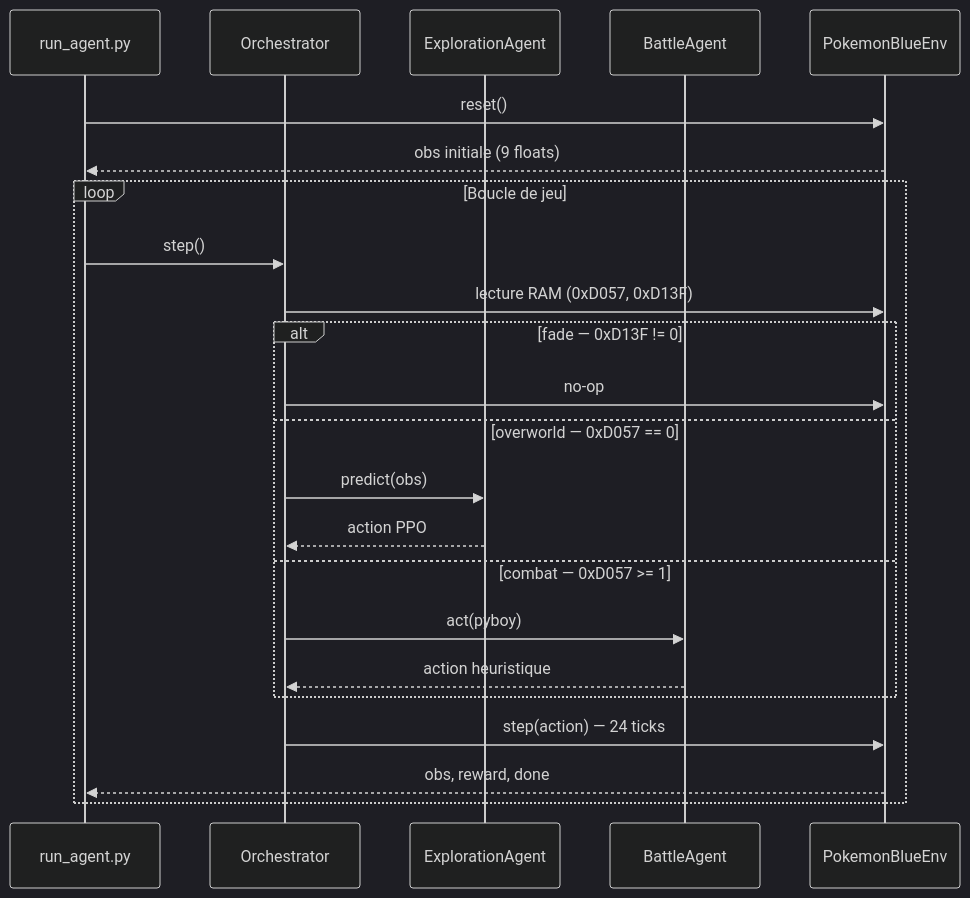
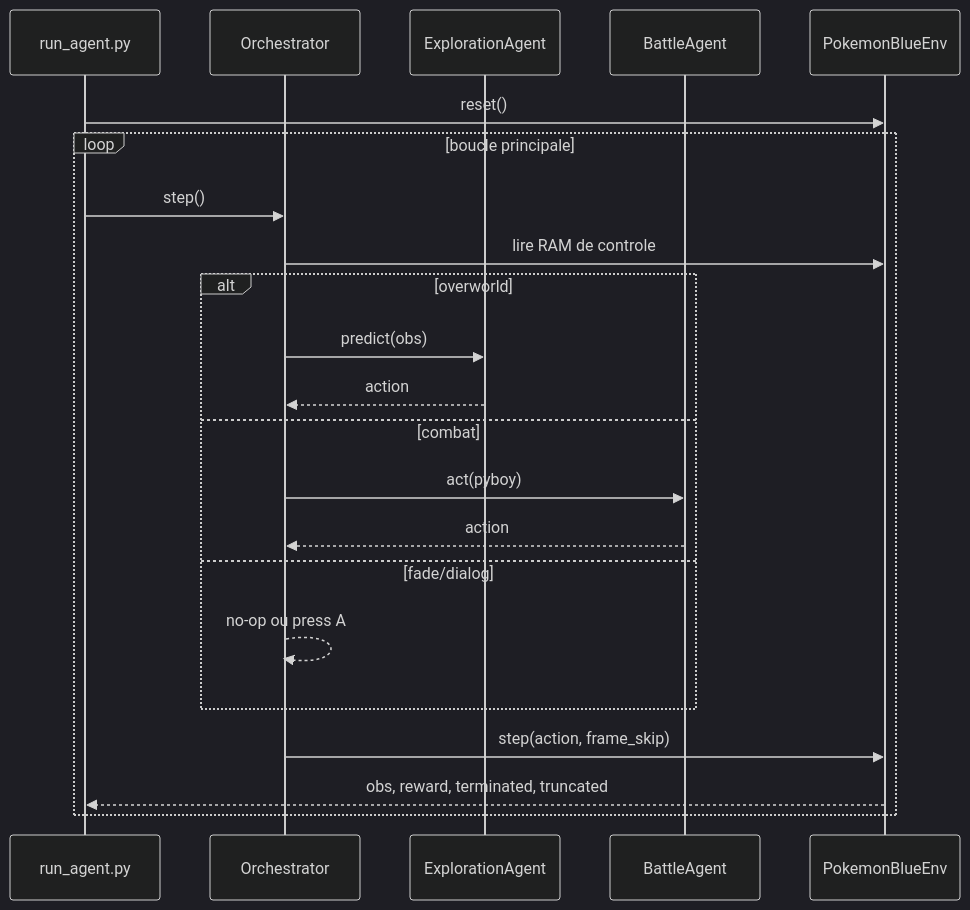
The second of 2 diagrams in docs/architecture.md (MaKSiiMe/PokemonBlueExperiments), drawn with Mermaid (dark theme) before and after one commit. The commit also changed other lines of this file and 3 other files, not shown here.

````diff
--- a/docs/architecture.md
+++ b/docs/architecture.md
@@ -111,29 +246,26 @@
 ```mermaid
 sequenceDiagram
     participant R as run_agent.py
     participant O as Orchestrator
     participant Ex as ExplorationAgent
-    participant B as BattleAgent
-    participant E as PokemonBlueEnv
+    participant Bt as BattleAgent
+    participant Env as PokemonBlueEnv
 
-    R->>E: reset()
-    E-->>R: obs initiale (9 floats)
-
-    loop Boucle de jeu
+    R->>Env: reset()
+    loop boucle principale
         R->>O: step()
-        O->>E: lecture RAM (0xD057, 0xD13F)
-
-        alt fade — 0xD13F != 0
-            O->>E: no-op
-        else overworld — 0xD057 == 0
+        
+        O->>Env: lire RAM de controle
+        alt overworld
             O->>Ex: predict(obs)
-            Ex-->>O: action PPO
-        else combat — 0xD057 >= 1
-            O->>B: act(pyboy)
-            B-->>O: action heuristique
+            Ex-->>O: action
+        else combat
+            O->>Bt: act(pyboy)
+            Bt-->>O: action
+        else fade/dialog
+            O-->>O: no-op ou press A
         end
-
-        O->>E: step(action) — 24 ticks
-        E-->>R: obs, reward, done
+        O->>Env: step(action, frame_skip)
+        Env-->>R: obs, reward, terminated, truncated
     end
 ```
````
